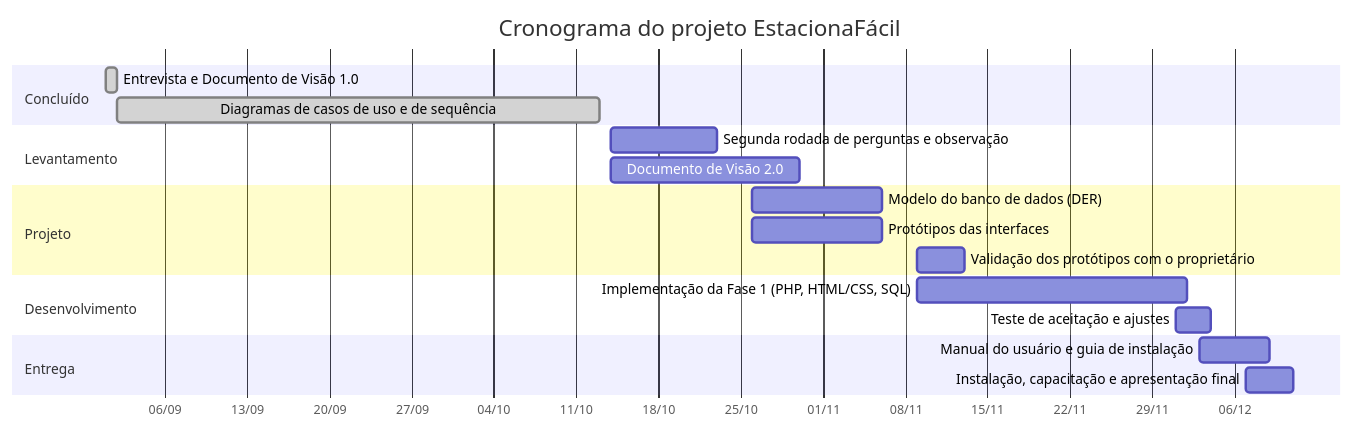
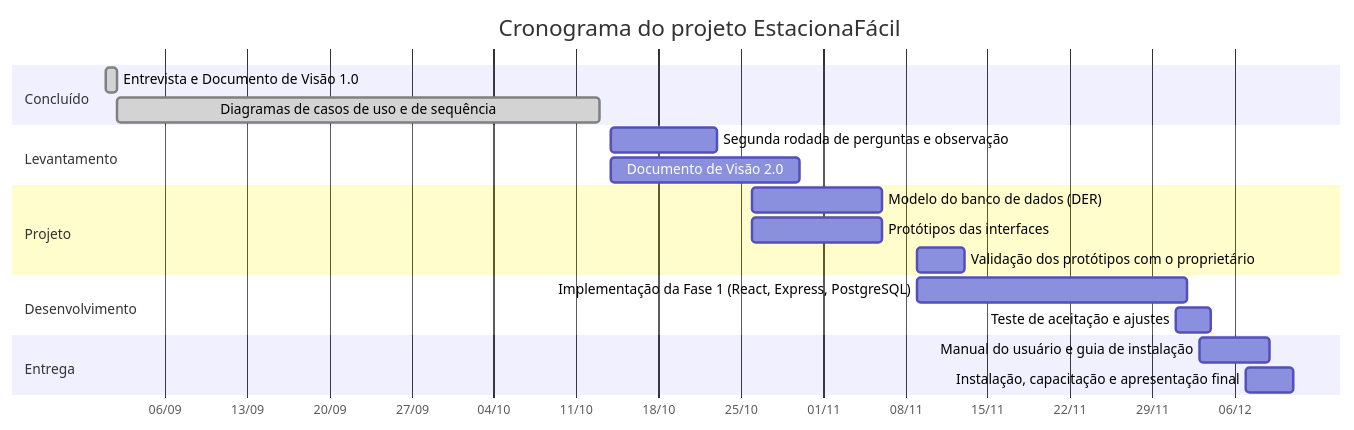
One commit to lotufo22/estaciona-facil changed the diagram in README.md. Above: the diagram before and after it, drawn with Mermaid. The commit also changed other lines of this file and 26 other files, not shown here.

````diff
--- a/README.md
+++ b/README.md
@@ -102,27 +102,27 @@
 ```mermaid
 gantt
     title Cronograma do projeto EstacionaFácil
     dateFormat YYYY-MM-DD
     axisFormat %d/%m
 
     section Concluído
     Entrevista e Documento de Visão 1.0         :done, c1, 2026-09-01, 1d
     Diagramas de casos de uso e de sequência    :done, c2, 2026-09-02, 2026-10-13
 
     section Levantamento
     Segunda rodada de perguntas e observação    :l1, 2026-10-14, 2026-10-23
     Documento de Visão 2.0                      :l2, 2026-10-14, 2026-10-30
 
     section Projeto
     Modelo do banco de dados (DER)              :p1, 2026-10-26, 2026-11-06
     Protótipos das interfaces                   :p2, 2026-10-26, 2026-11-06
     Validação dos protótipos com o proprietário :p3, 2026-11-09, 2026-11-13
 
     section Desenvolvimento
-    Implementação da Fase 1 (PHP, HTML/CSS, SQL) :d1, 2026-11-09, 2026-12-02
+    Implementação da Fase 1 (React, Express, PostgreSQL) :d1, 2026-11-09, 2026-12-02
     Teste de aceitação e ajustes                :d2, 2026-12-01, 2026-12-04
 
     section Entrega
     Manual do usuário e guia de instalação      :e1, 2026-12-03, 2026-12-09
     Instalação, capacitação e apresentação final :e2, 2026-12-07, 2026-12-11
 ```
````
